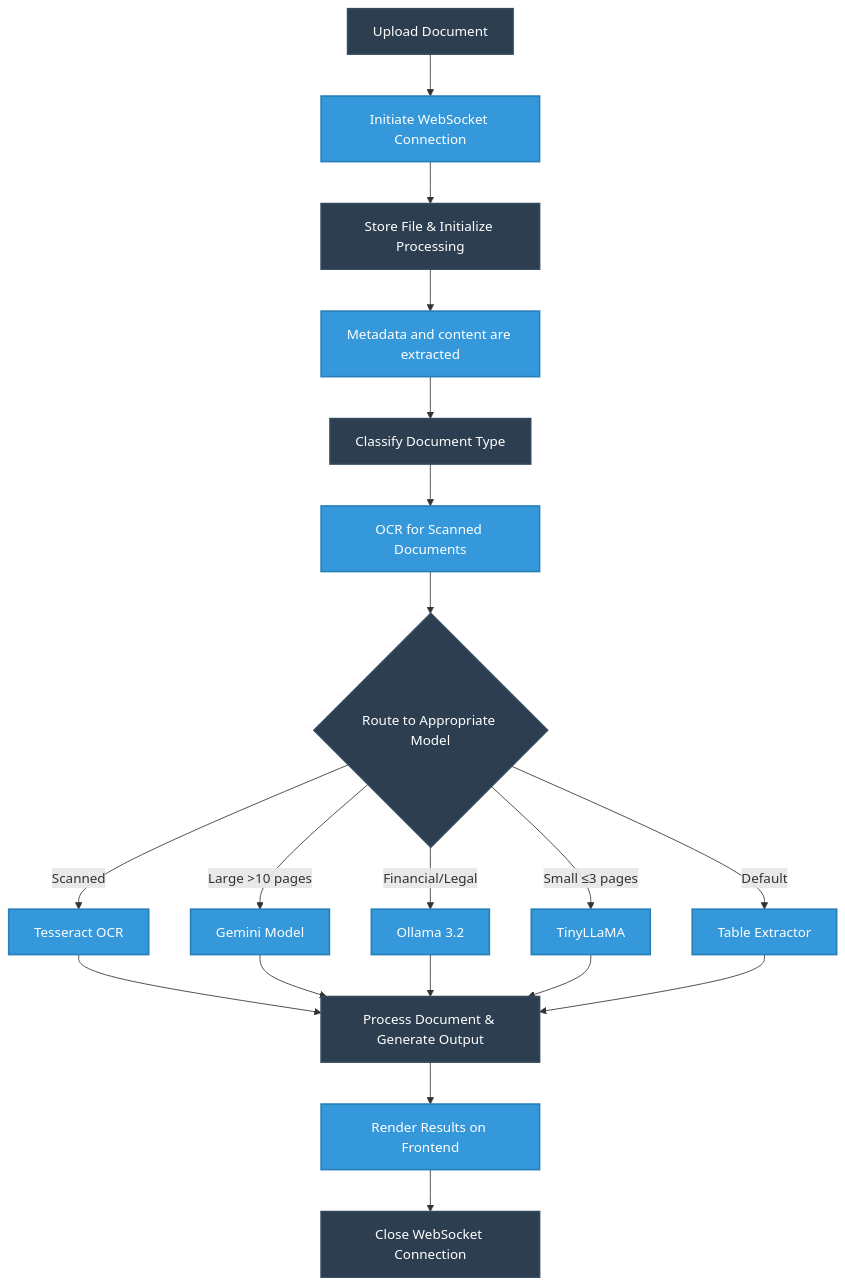
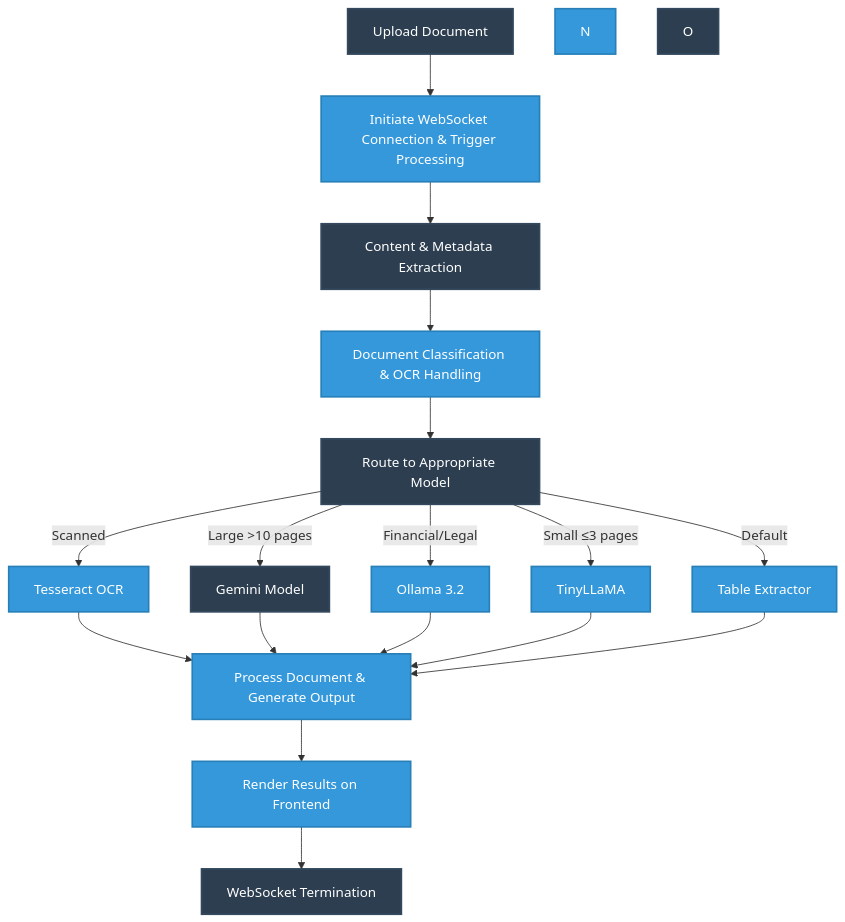
The diagram in README.md (pharshithaa/document-processing-system), drawn with Mermaid before and after one commit.

````diff
--- a/README.md
+++ b/README.md
@@ -9,51 +9,47 @@
 ```mermaid
 graph TD
     %% Frontend Flow
-    A[Upload Document] --> B[Initiate WebSocket Connection]
-    B --> C[Store File & Initialize Processing]
+    A[Upload Document] --> B[Initiate WebSocket Connection & Trigger Processing]
+    B --> C[Content & Metadata Extraction]
     
     %% Backend Processing
-    C --> D[Metadata and content are extracted]
-    D --> E[Classify Document Type]
-    
-    %% Document Analysis
-    E --> F[OCR for Scanned Documents]
-    F --> G{Route to Appropriate Model}
-    
+    C --> D[Document Classification & OCR Handling]
+    D --> E[Route to Appropriate Model]
+
     %% Processing Paths
-    G -->|Scanned| H[Tesseract OCR]
-    G -->|Large >10 pages| I[Gemini Model]
-    G -->|Financial/Legal| J[Ollama 3.2]
-    G -->|Small ≤3 pages| K[TinyLLaMA]
-    G -->|Default| L[Table Extractor]
+    E -->|Scanned| F[Tesseract OCR]
+    E -->|Large >10 pages| G[Gemini Model]
+    E -->|Financial/Legal| H[Ollama 3.2]
+    E -->|Small ≤3 pages| I[TinyLLaMA]
+    E -->|Default| J[Table Extractor]
     
     %% Content Processing
-    H --> M[Process Document & Generate Output]
-    I --> M
-    J --> M
-    K --> M
-    L --> M
+    F --> K[Process Document & Generate Output]
+    G --> K
+    H --> K
+    I --> K
+    J --> K
 
     
     %% Results & Status
-    M --> N[Render Results on Frontend]
-    N --> O[Close WebSocket Connection]
+    K --> L[Render Results on Frontend]
+    L --> M[WebSocket Termination]
     
 
     %% Styling - Professional Blue Theme
     style A fill:#2c3e50,stroke:#34495e,stroke-width:2px,color:#fff
     style B fill:#3498db,stroke:#2980b9,stroke-width:2px,color:#fff
     style C fill:#2c3e50,stroke:#34495e,stroke-width:2px,color:#fff
     style D fill:#3498db,stroke:#2980b9,stroke-width:2px,color:#fff
     style E fill:#2c3e50,stroke:#34495e,stroke-width:2px,color:#fff
     style F fill:#3498db,stroke:#2980b9,stroke-width:2px,color:#fff
     style G fill:#2c3e50,stroke:#34495e,stroke-width:2px,color:#fff
     style H fill:#3498db,stroke:#2980b9,stroke-width:2px,color:#fff
     style I fill:#3498db,stroke:#2980b9,stroke-width:2px,color:#fff
     style J fill:#3498db,stroke:#2980b9,stroke-width:2px,color:#fff
     style K fill:#3498db,stroke:#2980b9,stroke-width:2px,color:#fff
     style L fill:#3498db,stroke:#2980b9,stroke-width:2px,color:#fff
     style M fill:#2c3e50,stroke:#34495e,stroke-width:2px,color:#fff
     style N fill:#3498db,stroke:#2980b9,stroke-width:2px,color:#fff
     style O fill:#2c3e50,stroke:#34495e,stroke-width:2px,color:#fff
 ```
````
